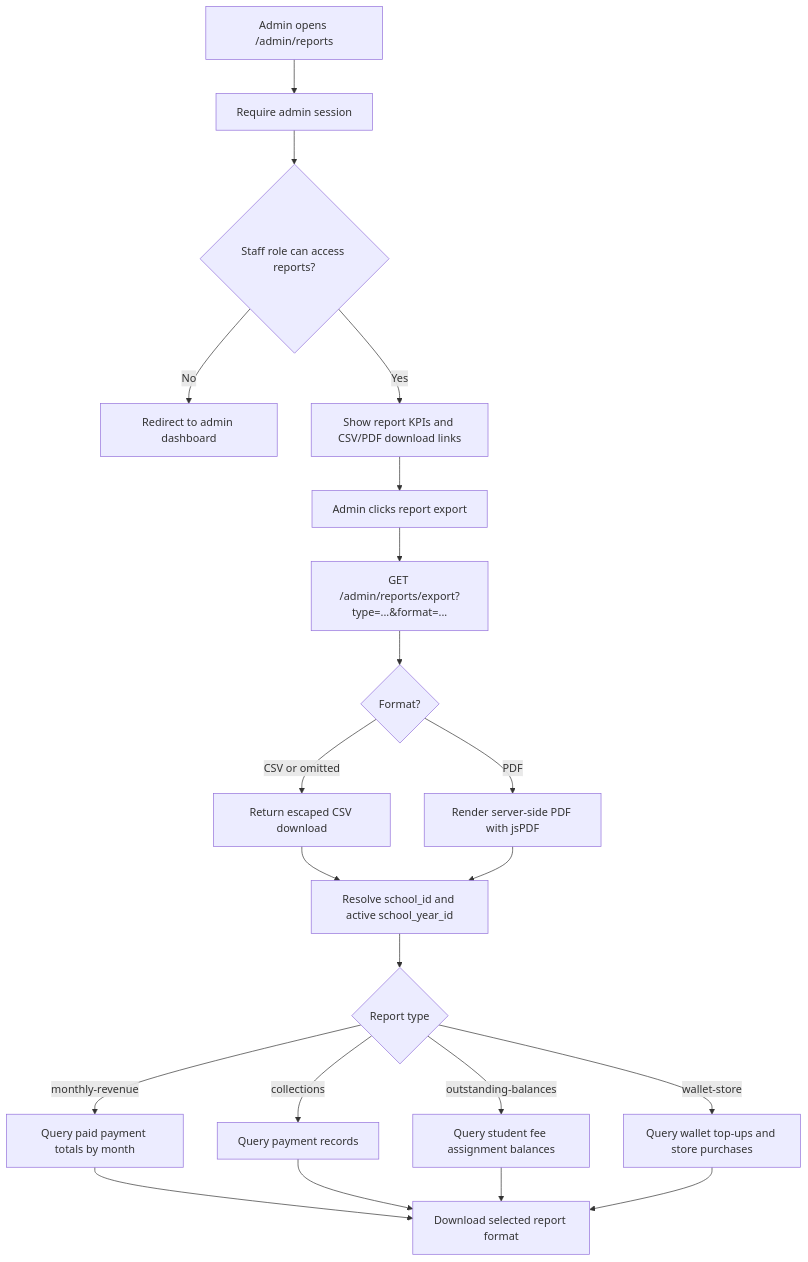
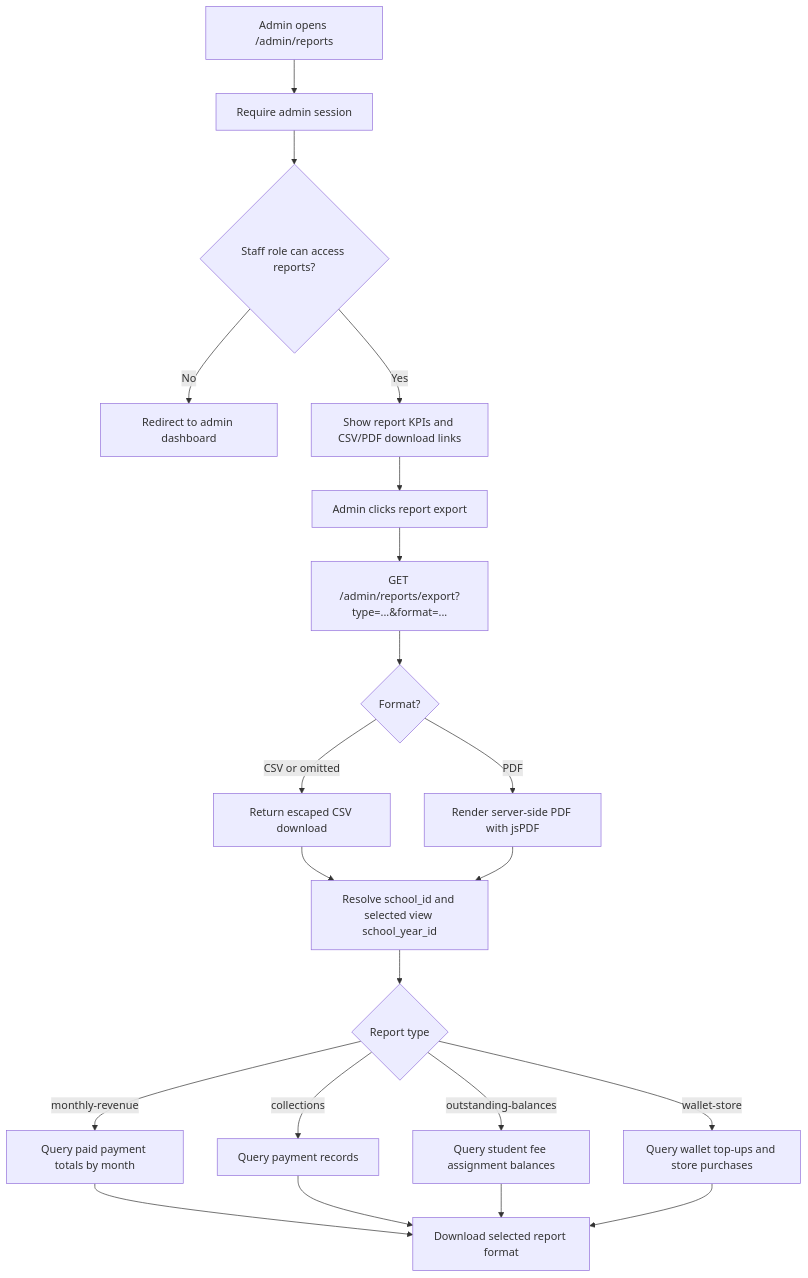
One commit to Xeyn19/xmetapay changed diagram 16 of 18 in docs/PROJECT_FLOWCHARTS.md. Above: the diagram before and after it, drawn with Mermaid. The commit also changed other lines of this file and 17 other files, not shown here.

````diff
--- a/docs/PROJECT_FLOWCHARTS.md
+++ b/docs/PROJECT_FLOWCHARTS.md
@@ -529,23 +554,23 @@
 ```mermaid
 flowchart TD
   A["Admin opens /admin/reports"] --> B["Require admin session"]
   B --> C{"Staff role can access reports?"}
   C -->|No| D["Redirect to admin dashboard"]
   C -->|Yes| E["Show report KPIs and CSV/PDF download links"]
   E --> F["Admin clicks report export"]
   F --> G["GET /admin/reports/export?type=...&format=..."]
   G --> H{"Format?"}
   H -->|CSV or omitted| I["Return escaped CSV download"]
   H -->|PDF| J["Render server-side PDF with jsPDF"]
-  I --> K["Resolve school_id and active school_year_id"]
+  I --> K["Resolve school_id and selected view school_year_id"]
   J --> K
   K --> L{"Report type"}
   L -->|monthly-revenue| M["Query paid payment totals by month"]
   L -->|collections| N["Query payment records"]
   L -->|outstanding-balances| O["Query student fee assignment balances"]
   L -->|wallet-store| P["Query wallet top-ups and store purchases"]
   M --> Q["Download selected report format"]
   N --> Q
   O --> Q
   P --> Q
 ```
````
